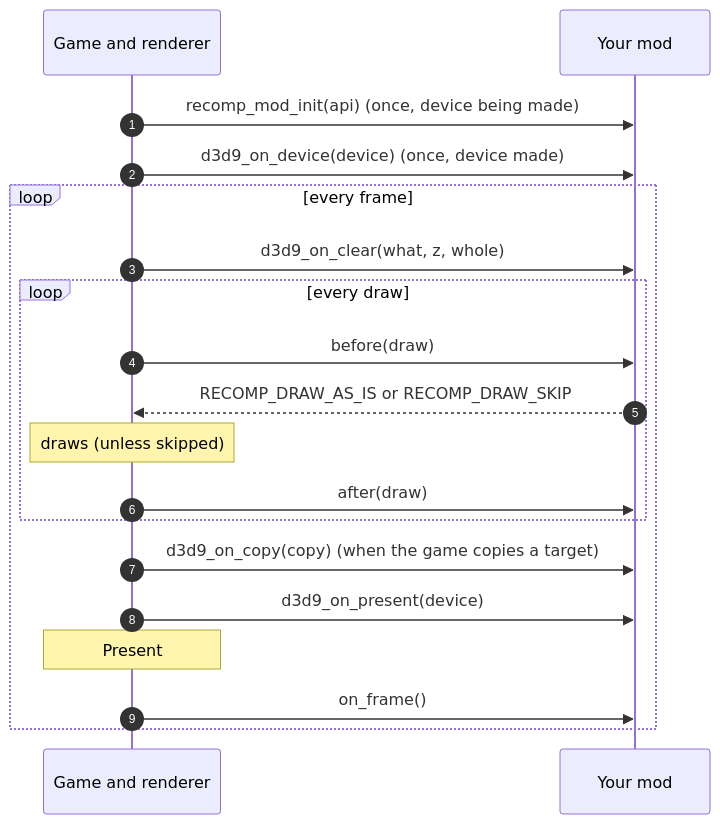
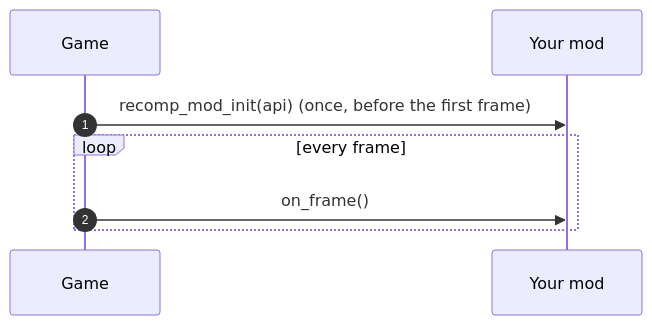
The third of 3 diagrams in docs/mods.md (jcchikikomori/recomp-the-duke), drawn with Mermaid before and after one commit. The commit also changed other lines of this file and 21 other files, not shown here.

````diff
--- a/docs/mods.md
+++ b/docs/mods.md
@@ -143,21 +128,10 @@
 ```mermaid
 sequenceDiagram
     autonumber
-    participant G as Game and renderer
+    participant G as Game
     participant M as Your mod
-    G->>M: recomp_mod_init(api)  (once, device being made)
-    G->>M: d3d9_on_device(device)  (once, device made)
+    G->>M: recomp_mod_init(api)  (once, before the first frame)
     loop every frame
-        G->>M: d3d9_on_clear(what, z, whole)
-        loop every draw
-            G->>M: before(draw)
-            M-->>G: RECOMP_DRAW_AS_IS or RECOMP_DRAW_SKIP
-            Note over G: draws (unless skipped)
-            G->>M: after(draw)
-        end
-        G->>M: d3d9_on_copy(copy)  (when the game copies a target)
-        G->>M: d3d9_on_present(device)
-        Note over G: Present
         G->>M: on_frame()
     end
 ```
````
